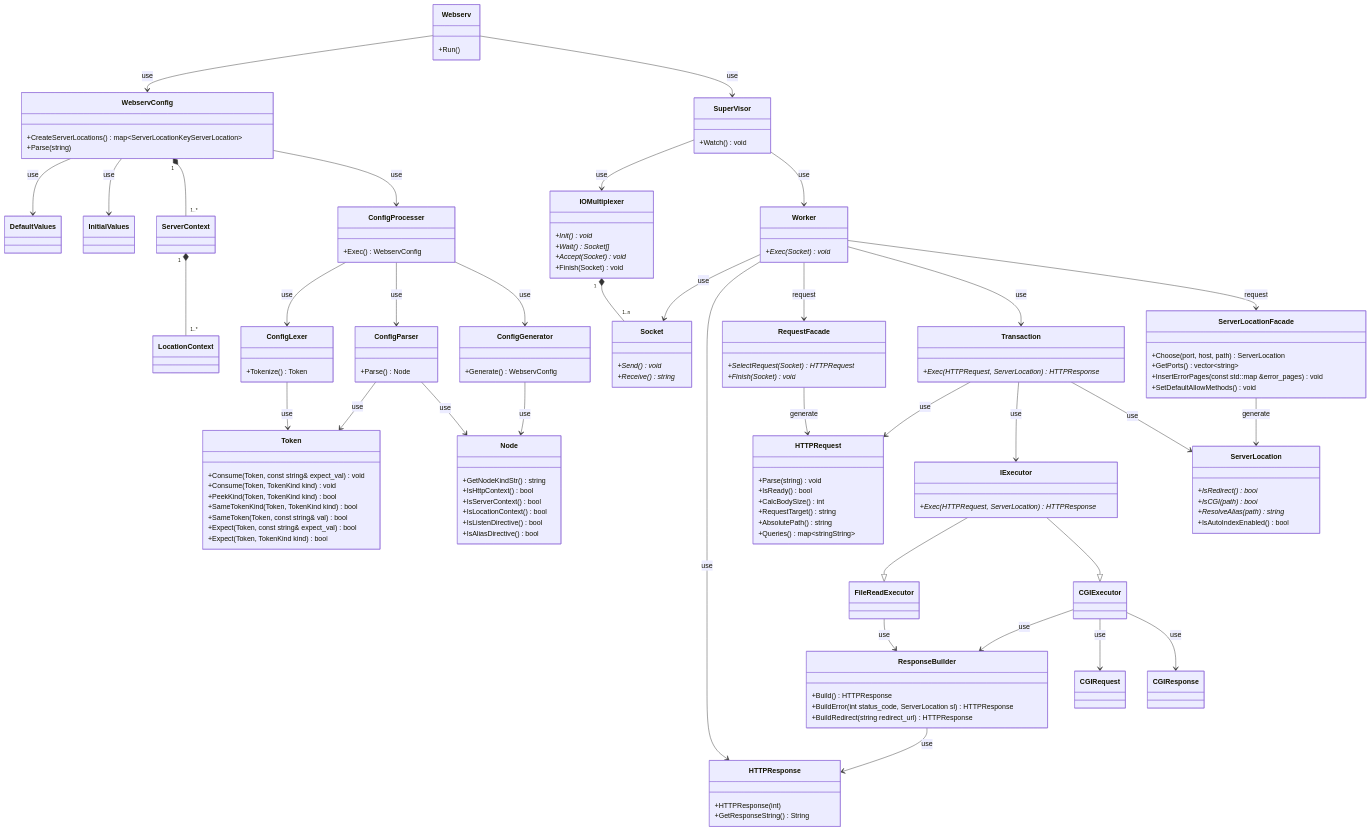
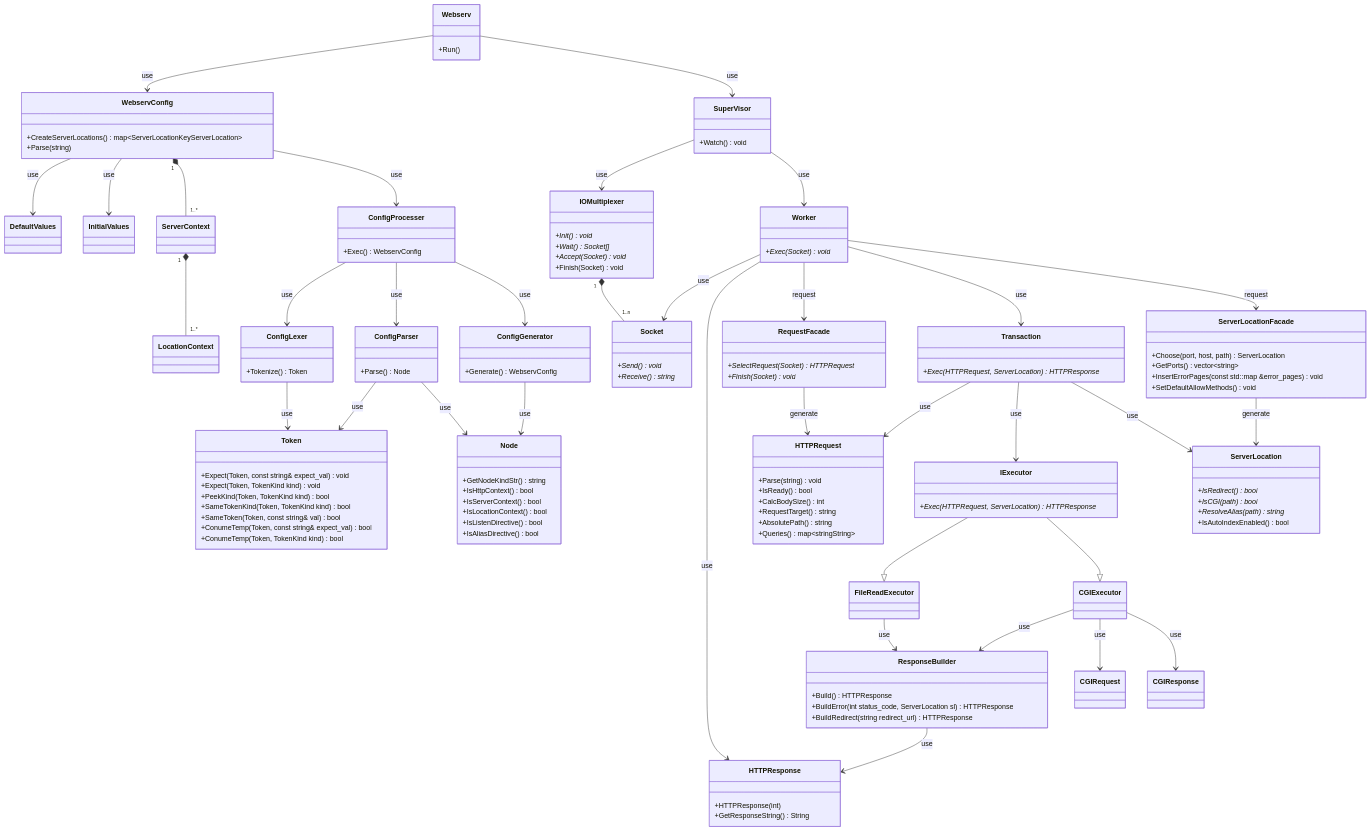
One commit to katataku/webserv changed the diagram in docs/class/all.md. Above: the diagram before and after it, drawn with Mermaid. The commit also changed 5 other files, not shown here.

```diff
--- a/docs/class/all.md
+++ b/docs/class/all.md
@@ -66,13 +66,13 @@
     }
 
     class Token {
-          +Consume(Token, const string& expect_val) void
-          +Consume(Token, TokenKind kind) void
+          +Expect(Token, const string& expect_val) void
+          +Expect(Token, TokenKind kind) void
           +PeekKind(Token, TokenKind kind) bool
           +SameTokenKind(Token, TokenKind kind) bool
           +SameToken(Token, const string& val) bool
-          +Expect(Token, const string& expect_val) bool
-          +Expect(Token, TokenKind kind) bool
+          +ConumeTemp(Token, const string& expect_val) bool
+          +ConumeTemp(Token, TokenKind kind) bool
     }
 
     class Node {
```
